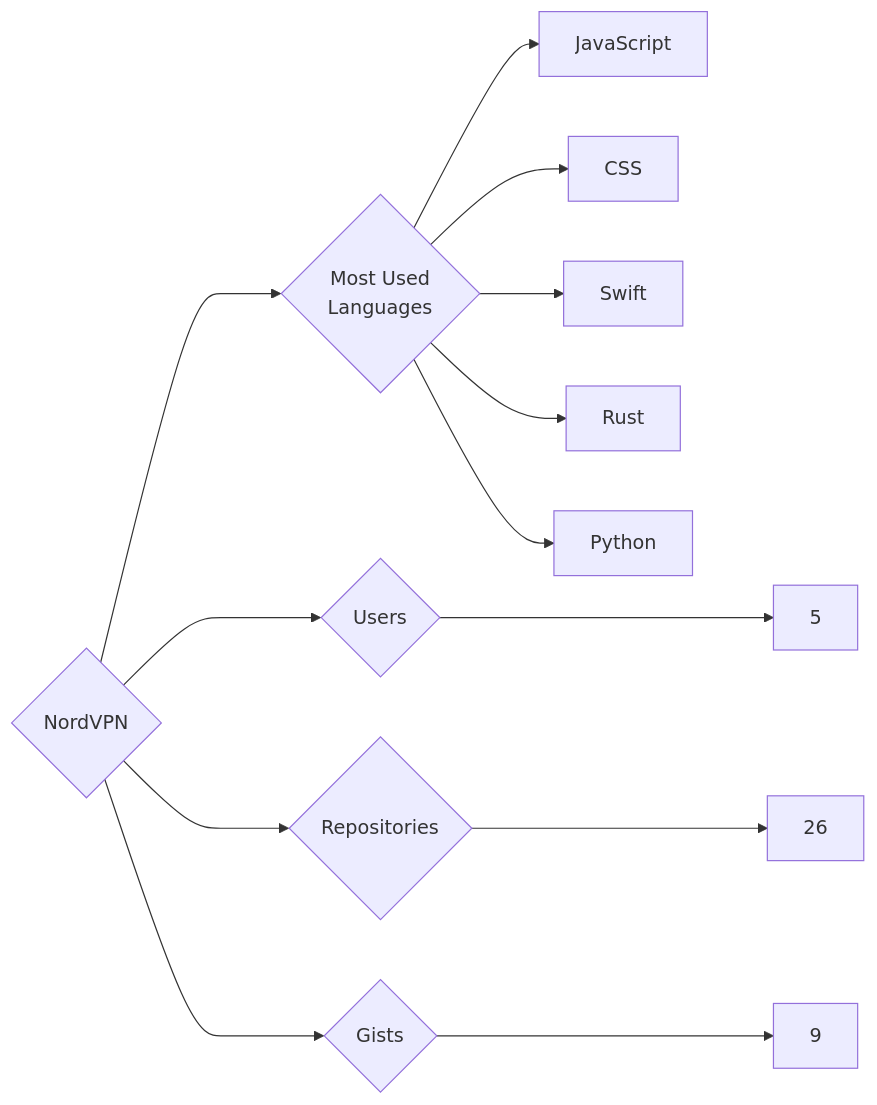
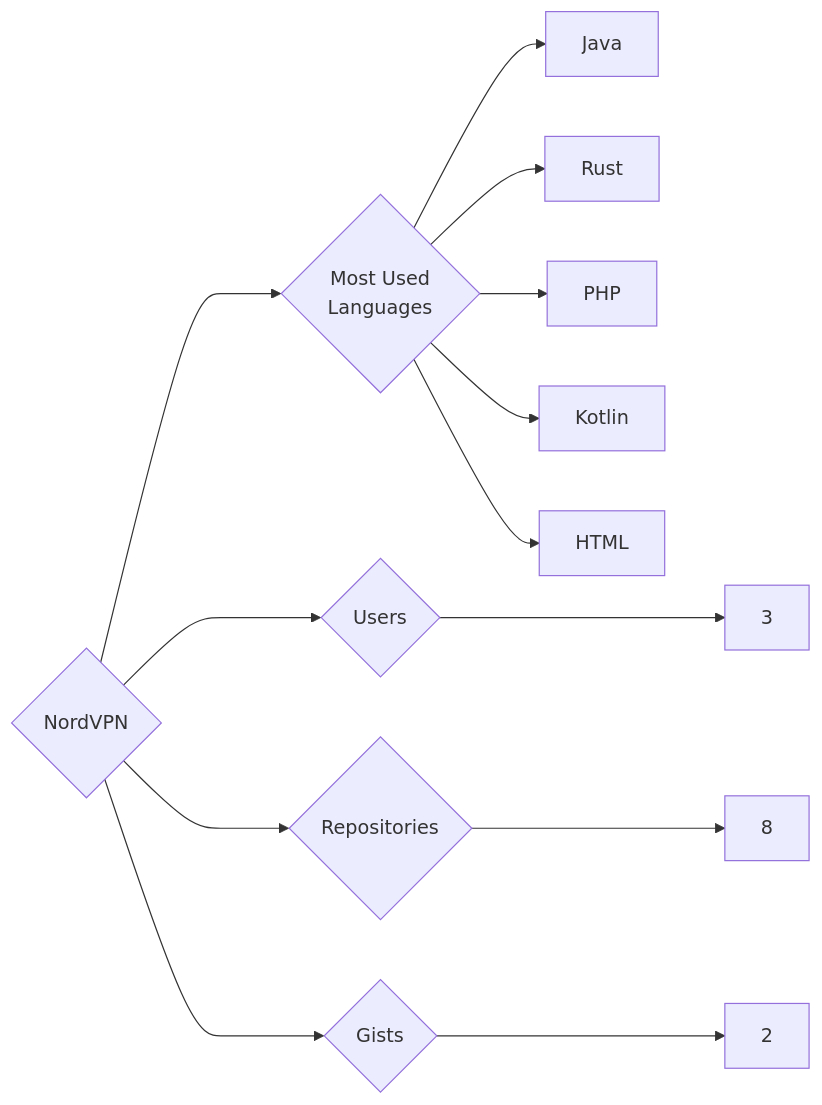
Before and after one commit to trickest/insiders: the diagram in targets/NordVPN/README.md, drawn with Mermaid. The commit also changed 939 other files, not shown here.

````diff
--- a/targets/NordVPN/README.md
+++ b/targets/NordVPN/README.md
@@ -3,13 +3,13 @@
 ```mermaid
 graph LR
 COMPANY_NAME{NordVPN}
-COMPANY_NAME ---> U{Users} ---> UN[5]
-COMPANY_NAME ---> R{Repositories} ---> RN[26]
-COMPANY_NAME ---> G{Gists} ---> GN[9]
+COMPANY_NAME ---> U{Users} ---> UN[3]
+COMPANY_NAME ---> R{Repositories} ---> RN[8]
+COMPANY_NAME ---> G{Gists} ---> GN[2]
 COMPANY_NAME ---> ML{Most Used<br>Languages}
-ML --> JavaScript[JavaScript]
-ML --> CSS[CSS]
-ML --> Swift[Swift]
+ML --> Java[Java]
 ML --> Rust[Rust]
-ML --> Python[Python]
+ML --> PHP[PHP]
+ML --> Kotlin[Kotlin]
+ML --> HTML[HTML]
 ```
````
